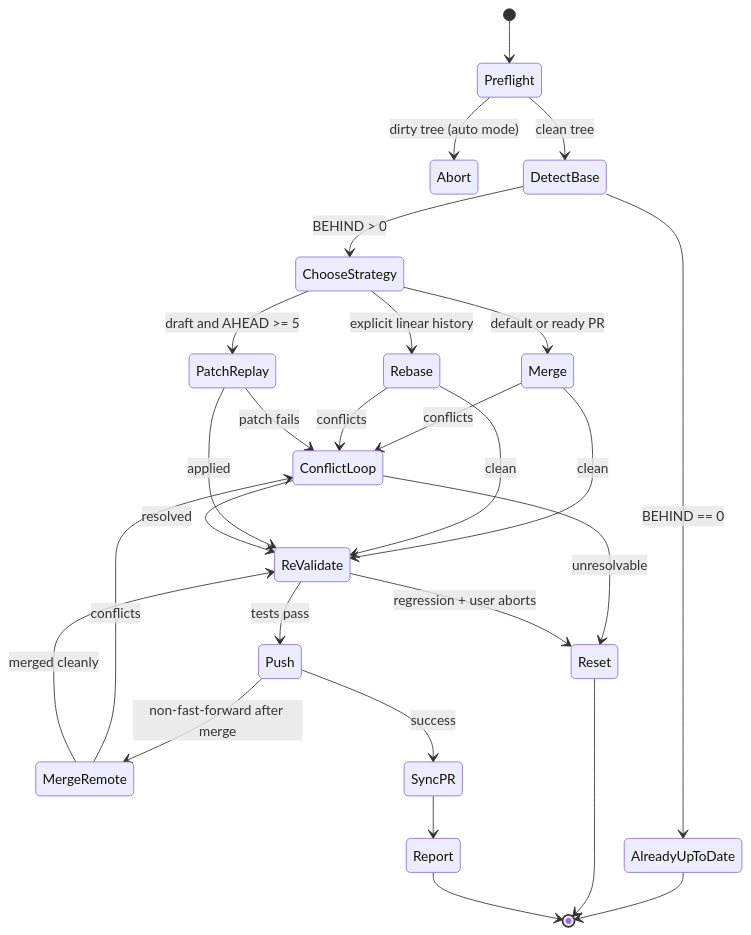
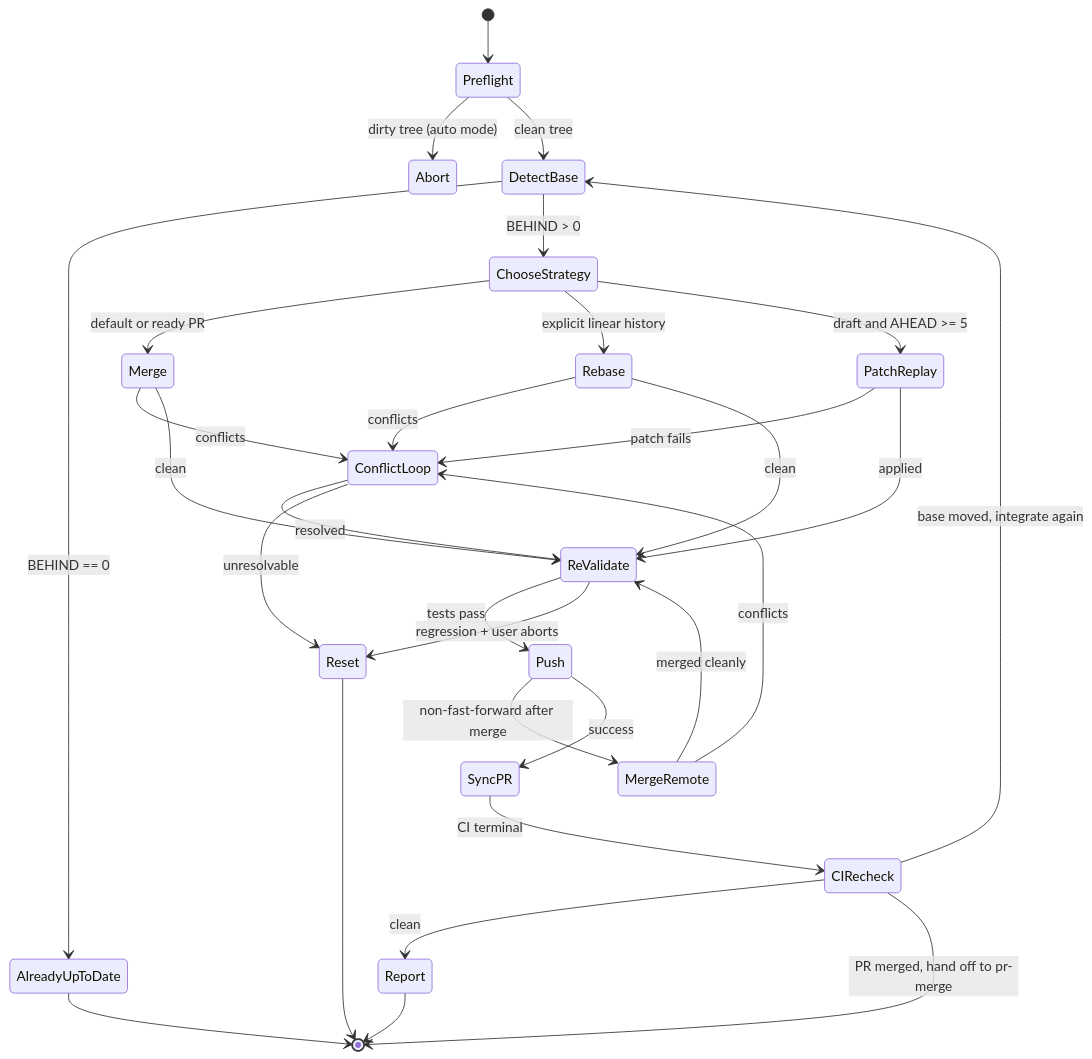
Before and after one commit to whizzzkid/skills: the diagram in skills/pr-update/README.md, drawn with Mermaid. The commit also changed other lines of this file and 5 other files, not shown here.

First line of the commit message:
feat(pr-update): ✨ re-check merge state after CI goes terminal before reporting merge-ready

````diff
--- a/skills/pr-update/README.md
+++ b/skills/pr-update/README.md
@@ -18,29 +18,32 @@
 ```mermaid
 stateDiagram-v2
     [*] --> Preflight
     Preflight --> Abort: dirty tree (auto mode)
     Preflight --> DetectBase: clean tree
     DetectBase --> AlreadyUpToDate: BEHIND == 0
     AlreadyUpToDate --> [*]
     DetectBase --> ChooseStrategy: BEHIND > 0
     ChooseStrategy --> Merge: default or ready PR
     ChooseStrategy --> Rebase: explicit linear history
     ChooseStrategy --> PatchReplay: draft and AHEAD >= 5
     Merge --> ConflictLoop: conflicts
     Rebase --> ConflictLoop: conflicts
     PatchReplay --> ConflictLoop: patch fails
     Merge --> ReValidate: clean
     Rebase --> ReValidate: clean
     PatchReplay --> ReValidate: applied
     ConflictLoop --> ReValidate: resolved
     ConflictLoop --> Reset: unresolvable
     Reset --> [*]
     ReValidate --> Push: tests pass
     ReValidate --> Reset: regression + user aborts
     Push --> MergeRemote: non-fast-forward after merge
     MergeRemote --> ConflictLoop: conflicts
     MergeRemote --> ReValidate: merged cleanly
     Push --> SyncPR: success
-    SyncPR --> Report
+    SyncPR --> CIRecheck: CI terminal
+    CIRecheck --> Report: clean
+    CIRecheck --> [*]: PR merged, hand off to pr-merge
+    CIRecheck --> DetectBase: base moved, integrate again
     Report --> [*]
 ```
````
